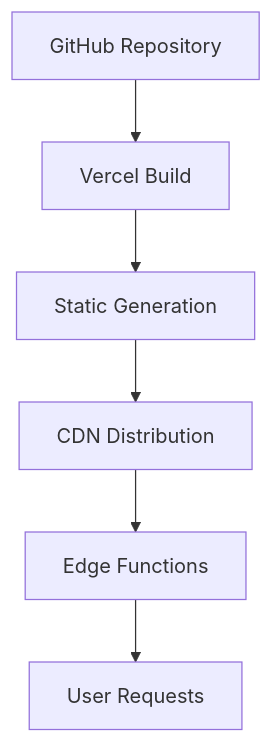
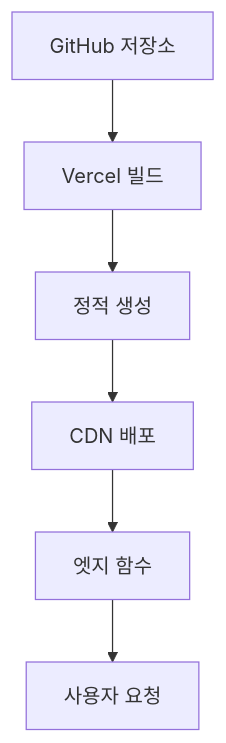
The second of 3 diagrams in ARCHITECTURE.md (seoul-fit/seoul-fit-fe), drawn with Mermaid before and after one commit. The commit also changed other lines of this file and 7 other files, not shown here.

````diff
--- a/ARCHITECTURE.md
+++ b/ARCHITECTURE.md
@@ -443,8 +443,8 @@
 ```mermaid
 graph TD
-    A[GitHub Repository] --> B[Vercel Build]
-    B --> C[Static Generation]
-    C --> D[CDN Distribution]
-    D --> E[Edge Functions]
-    E --> F[User Requests]
+    A[GitHub 저장소] --> B[Vercel 빌드]
+    B --> C[정적 생성]
+    C --> D[CDN 배포]
+    D --> E[엣지 함수]
+    E --> F[사용자 요청]
 ```
````
